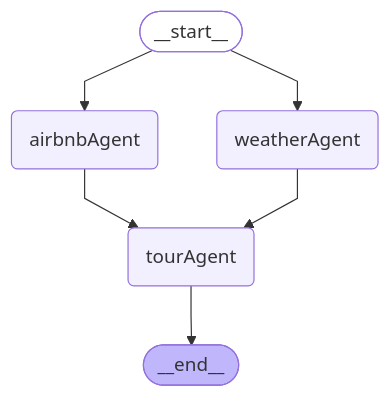
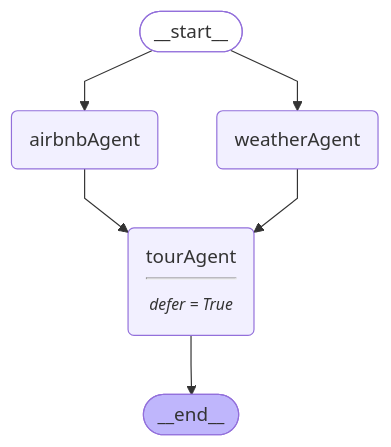
Before and after one commit to ambideXtrous9/Langchain-Langgraph-Notebooks: the diagram in app/static/mcp_graph_airbnb.mmd, drawn with Mermaid. The commit also changed 43 other files, not shown here.

First line of the commit message:
feat(architecture): optimize multi-agent graph, harden auth, and modernize frontend

```diff
--- a/app/static/mcp_graph_airbnb.mmd
+++ b/app/static/mcp_graph_airbnb.mmd
@@ -1,19 +1,19 @@
 ---
 config:
   flowchart:
     curve: linear
 ---
 graph TD;
 	__start__([<p>__start__</p>]):::first
 	airbnbAgent(airbnbAgent)
 	weatherAgent(weatherAgent)
-	tourAgent(tourAgent)
+	tourAgent(tourAgent<hr/><small><em>defer = True</em></small>)
 	__end__([<p>__end__</p>]):::last
 	__start__ --> airbnbAgent;
 	__start__ --> weatherAgent;
 	airbnbAgent --> tourAgent;
 	weatherAgent --> tourAgent;
 	tourAgent --> __end__;
 	classDef default fill:#f2f0ff,line-height:1.2
 	classDef first fill-opacity:0
 	classDef last fill:#bfb6fc
```
